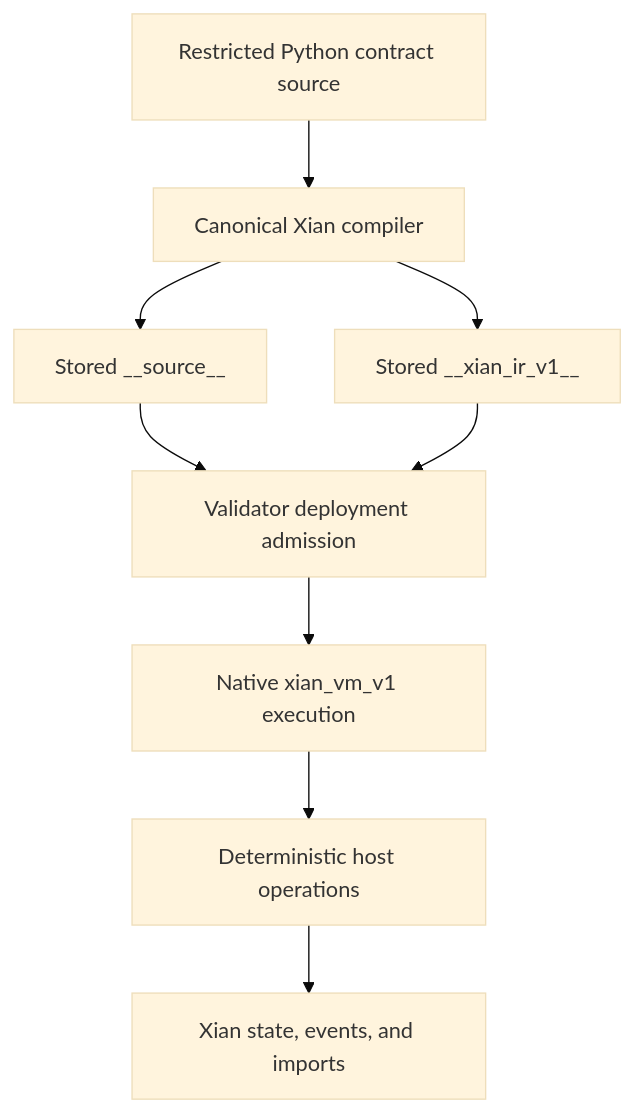
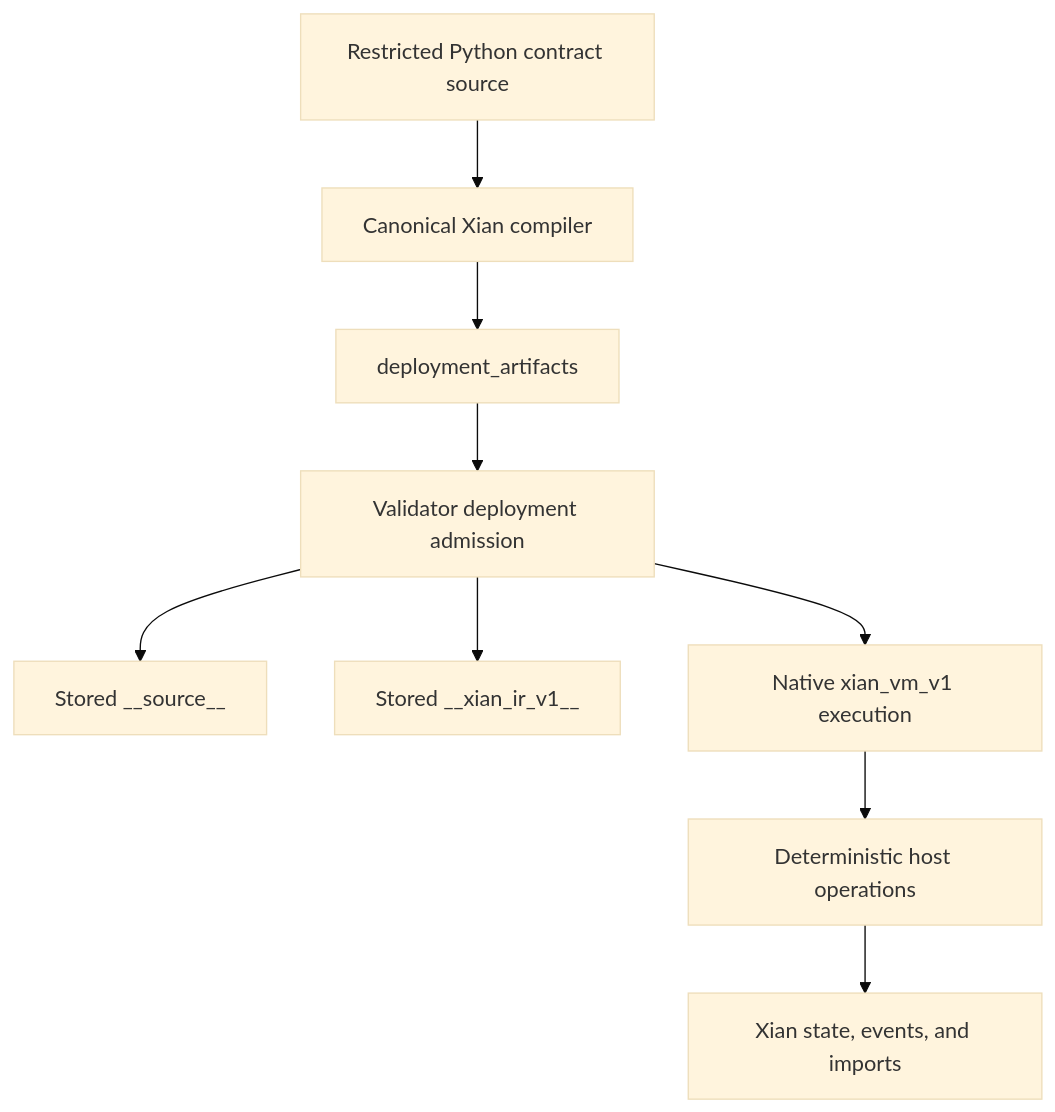
One commit to xian-technology/xian-docs-web changed the diagram in concepts/xian-vm.md. Above: the diagram before and after it, drawn with Mermaid (base theme). The commit also changed other lines of this file and 41 other files, not shown here.

````diff
--- a/concepts/xian-vm.md
+++ b/concepts/xian-vm.md
@@ -40,20 +41,21 @@
 ```mermaid
 flowchart TD
   Source["Restricted Python contract source"]
   Compiler["Canonical Xian compiler"]
+  Artifacts["deployment_artifacts"]
   SourceArtifact["Stored __source__"]
   IR["Stored __xian_ir_v1__"]
   Admission["Validator deployment admission"]
   VM["Native xian_vm_v1 execution"]
   Host["Deterministic host operations"]
   State["Xian state, events, and imports"]
 
   Source --> Compiler
-  Compiler --> SourceArtifact
-  Compiler --> IR
-  SourceArtifact --> Admission
-  IR --> Admission
+  Compiler --> Artifacts
+  Artifacts --> Admission
+  Admission --> SourceArtifact
+  Admission --> IR
   Admission --> VM
   VM --> Host
   Host --> State
 ```
````
